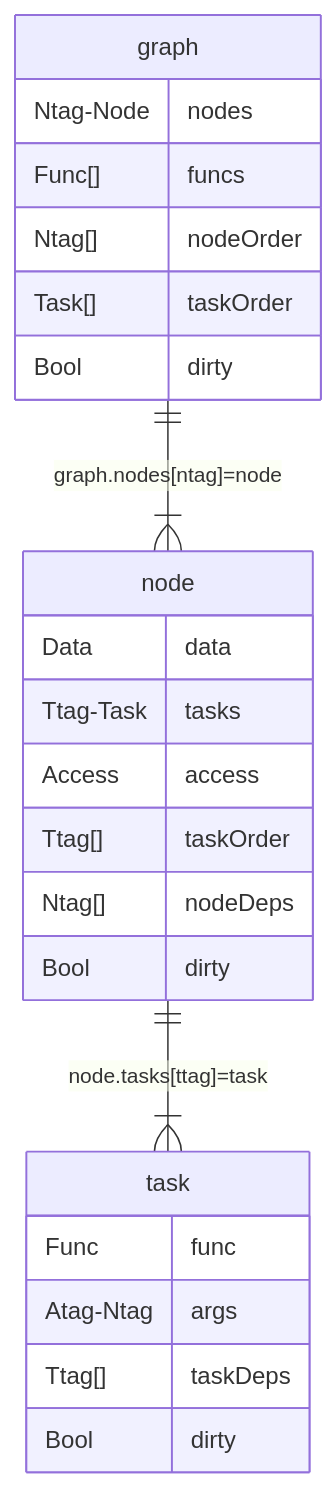
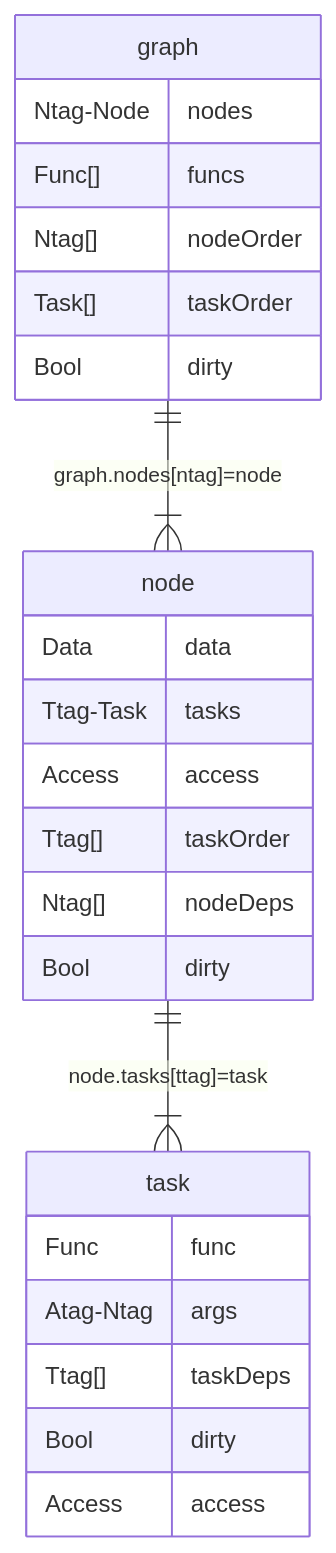
The diagram in docs/erdiagram.lua.md (ShilianShen/SoftDep), drawn with Mermaid before and after one commit. The commit also changed 1 other file, not shown here.

Commit message:
Refactor: enhance task and node creation by adding access control parameter

````diff
--- a/docs/erdiagram.lua.md
+++ b/docs/erdiagram.lua.md
@@ -1,27 +1,28 @@
 ```mermaid
 erDiagram
     graph {
         Ntag-Node nodes
         Func[] funcs
         Ntag[] nodeOrder
         Task[] taskOrder
         Bool dirty
     }
     node {
         Data data
         Ttag-Task tasks
         Access access
         Ttag[] taskOrder
         Ntag[] nodeDeps
         Bool dirty
     }
     task {
         Func func
         Atag-Ntag args
         Ttag[] taskDeps
         Bool dirty
+        Access access
     }
 
     graph ||--|{ node : "graph.nodes[ntag]=node"
     node ||--|{ task : "node.tasks[ttag]=task"
 ```
````
